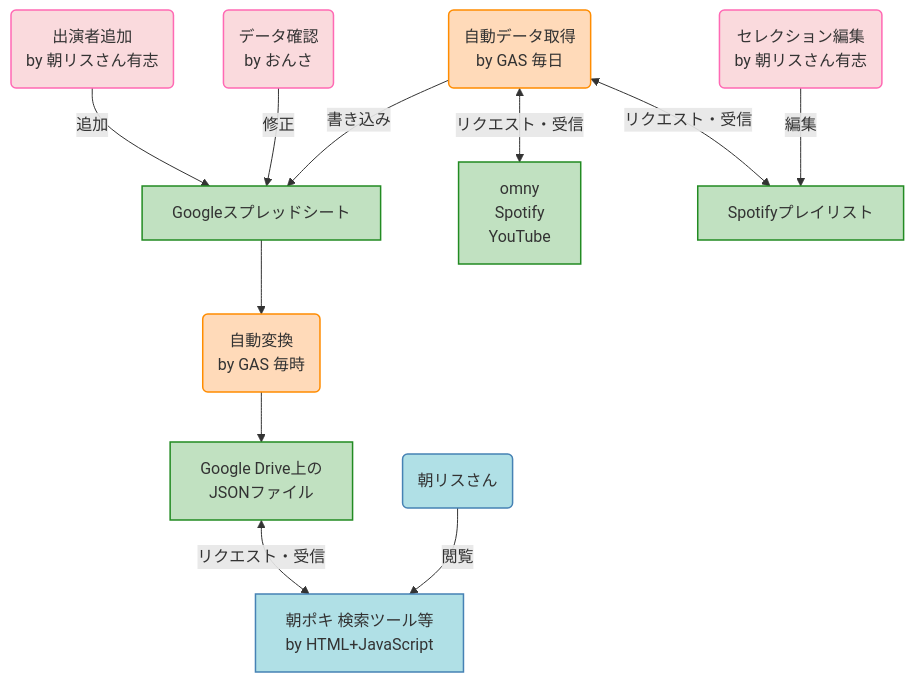
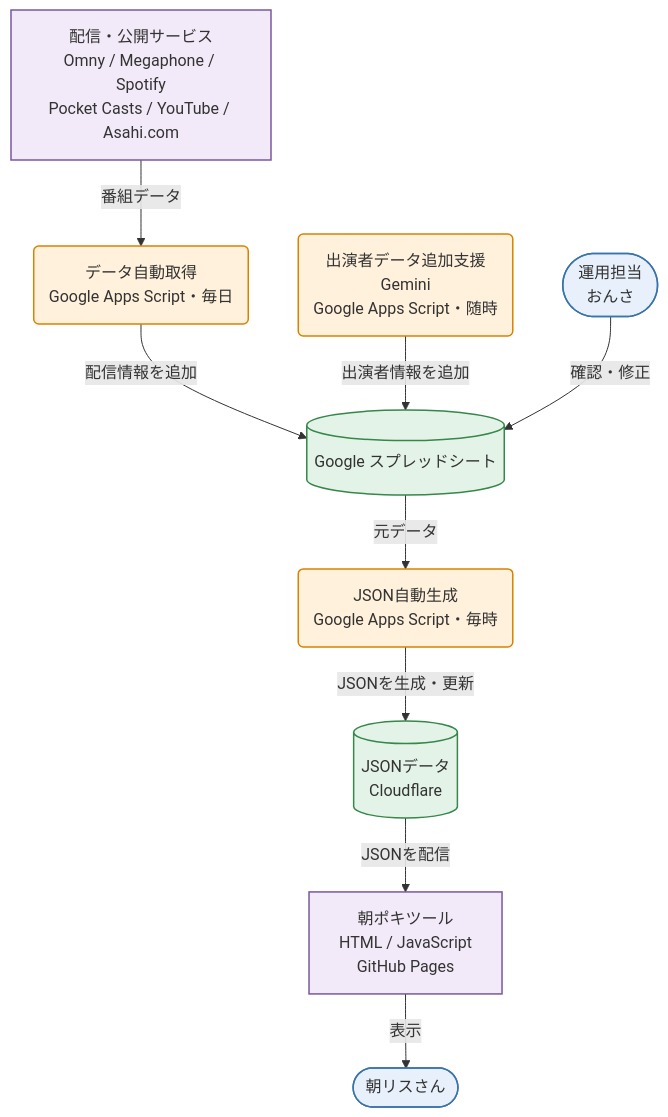
The diagram in README.md (yoshimotomasahir/asapoki_vis), drawn with Mermaid before and after one commit.

Commit message:
README.mdのシステム図を最新の状態に更新

````diff
--- a/README.md
+++ b/README.md
@@ -2,39 +2,34 @@
 ```mermaid
-graph TD;
-    X(出演者追加<br>by 朝リスさん有志)
-    Y(セレクション編集<br>by 朝リスさん有志)
-    Z(データ確認<br>by おんさ)
-    A(自動データ取得<br>by GAS 毎日)
-    B(自動変換<br>by GAS 毎時)
-    G[Googleスプレッドシート]
-    J[Google Drive上の<br>JSONファイル]
-    O[omny<br>Spotify<br>YouTube]
-    S[Spotifyプレイリスト]
-    R(朝リスさん)
-    T[朝ポキ 検索ツール等<br>by HTML+JavaScript]
-    X --> |追加| G;
-    Z --> |修正| G;
-    A --> |書き込み| G;
-    A <--> |リクエスト・受信| O
-    G --> B;
-    B --> J;
-    J <--> |リクエスト・受信| T;
-    A <--> |リクエスト・受信| S;
-    R --> |閲覧| T;
-    Y --> |編集| S;
+flowchart TD
+    O[配信・公開サービス<br>Omny / Megaphone / Spotify<br>Pocket Casts / YouTube / Asahi.com]
+    Z([運用担当<br>おんさ])
 
-    style A fill:#FFDAB9,stroke:#FF8C00,stroke-width:1.5px;
-    style B fill:#FFDAB9,stroke:#FF8C00,stroke-width:1.5px;
+    A(データ自動取得<br>Google Apps Script・毎日)
+    X(出演者データ追加支援<br>Gemini<br>Google Apps Script・随時)
 
-    style G fill:#C1E1C1,stroke:#228B22,stroke-width:1.5px;
-    style J fill:#C1E1C1,stroke:#228B22,stroke-width:1.5px;
-    style O fill:#C1E1C1,stroke:#228B22,stroke-width:1.5px;
-    style S fill:#C1E1C1,stroke:#228B22,stroke-width:1.5px;
+    G[(Google スプレッドシート)]
+    B(JSON自動生成<br>Google Apps Script・毎時)
+    J[(JSONデータ<br>Cloudflare)]
 
-    style R fill:#B0E0E6,stroke:#4682B4,stroke-width:1.5px;
-    style T fill:#B0E0E6,stroke:#4682B4,stroke-width:1.5px;
+    T[朝ポキツール<br>HTML / JavaScript<br>GitHub Pages]
+    R([朝リスさん])
 
-    style X fill:#FADADD,stroke:#FF69B4,stroke-width:1.5px;
-    style Y fill:#FADADD,stroke:#FF69B4,stroke-width:1.5px; 
-    style Z fill:#FADADD,stroke:#FF69B4,stroke-width:1.5px; 
+    O -->|番組データ| A
+    A -->|配信情報を追加| G
+    X -->|出演者情報を追加| G
+    Z -->|確認・修正| G
+    G -->|元データ| B
+    B -->|JSONを生成・更新| J
+    J -->|JSONを配信| T
+    T -->|表示| R
+
+    classDef person fill:#E8F1FB,stroke:#3973AC,stroke-width:1.5px;
+    classDef process fill:#FFF1DB,stroke:#D98200,stroke-width:1.5px;
+    classDef datastore fill:#E4F3E7,stroke:#36874A,stroke-width:1.5px;
+    classDef service fill:#F2EAF8,stroke:#79589F,stroke-width:1.5px;
+
+    class R,Z person;
+    class A,X,B process;
+    class G,J datastore;
+    class O,T service;
 ```
````
